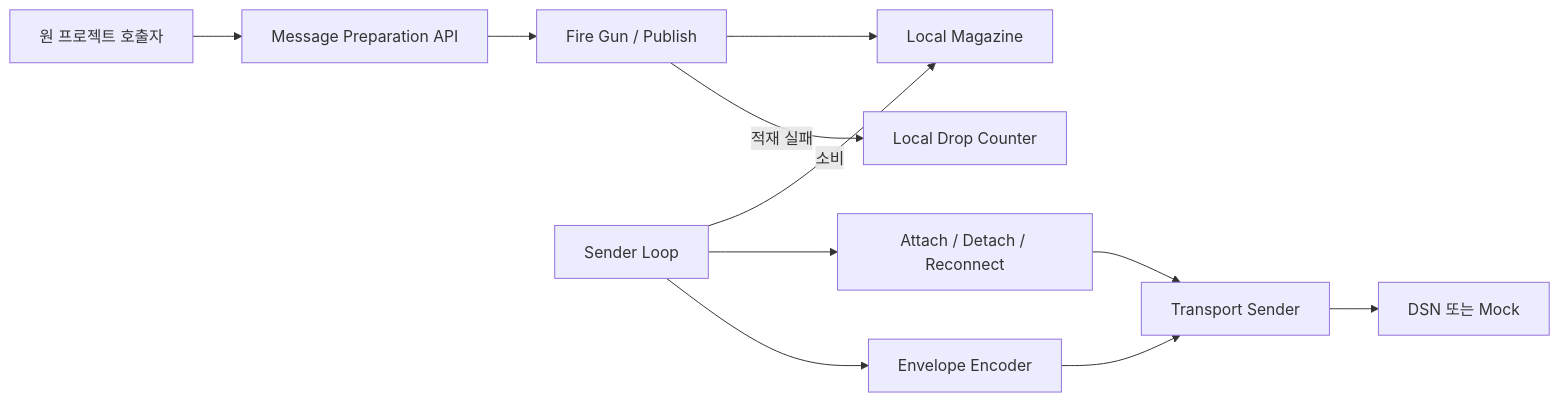
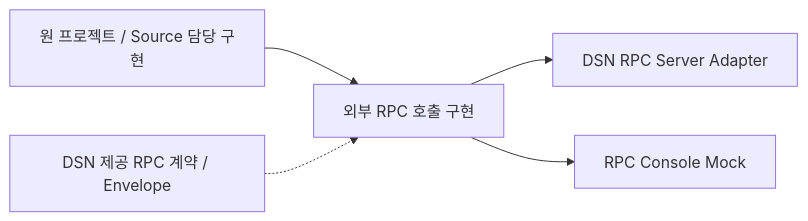
Before and after one commit to south-hive/project-dsn: the third of 7 diagrams in docs/arch/06-structural-views.md, drawn with Mermaid. The commit also changed other lines of this file and 26 other files, not shown here.

````diff
--- a/docs/arch/06-structural-views.md
+++ b/docs/arch/06-structural-views.md
@@ -87,13 +87,7 @@
 ```mermaid
 flowchart LR
-    Caller["원 프로젝트 호출자"] --> Builder["Message Preparation API"]
-    Builder --> Gun["Fire Gun / Publish"]
-    Gun --> Mag["Local Magazine"]
-    Sender["Sender Loop"] -->|"소비"| Mag
-    Sender --> Attach["Attach / Detach / Reconnect"]
-    Sender --> Encode["Envelope Encoder"]
-    Encode --> Tx["Transport Sender"]
-    Attach --> Tx
-    Tx --> Dest["DSN 또는 Mock"]
-    Gun -->|"적재 실패"| Drop["Local Drop Counter"]
+    Caller["원 프로젝트 / Source 담당 구현"] --> Client["외부 RPC 호출 구현"]
+    Contract["DSN 제공 RPC 계약 / Envelope"] -.-> Client
+    Client --> Server["DSN RPC Server Adapter"]
+    Client --> Mock["RPC Console Mock"]
 ```
````
